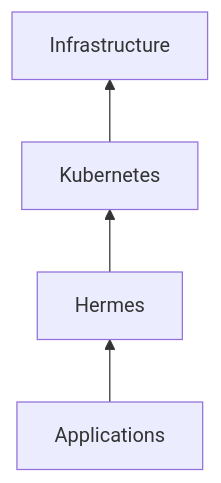
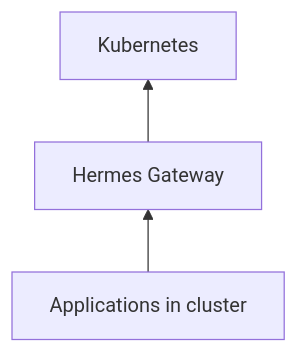
The diagram in README.md (zyvorai/iris), drawn with Mermaid before and after one commit. The commit also changed other lines of this file and 1 other file, not shown here.

````diff
--- a/README.md
+++ b/README.md
@@ -69,8 +75,7 @@
 ```mermaid
 flowchart BT
-  Apps[Applications]
-  Hermes[Hermes]
+  Apps[Applications in cluster]
+  Hermes[Hermes Gateway]
   K8s[Kubernetes]
-  Infra[Infrastructure]
-  Apps --> Hermes --> K8s --> Infra
+  Apps --> Hermes --> K8s
 ```
````
